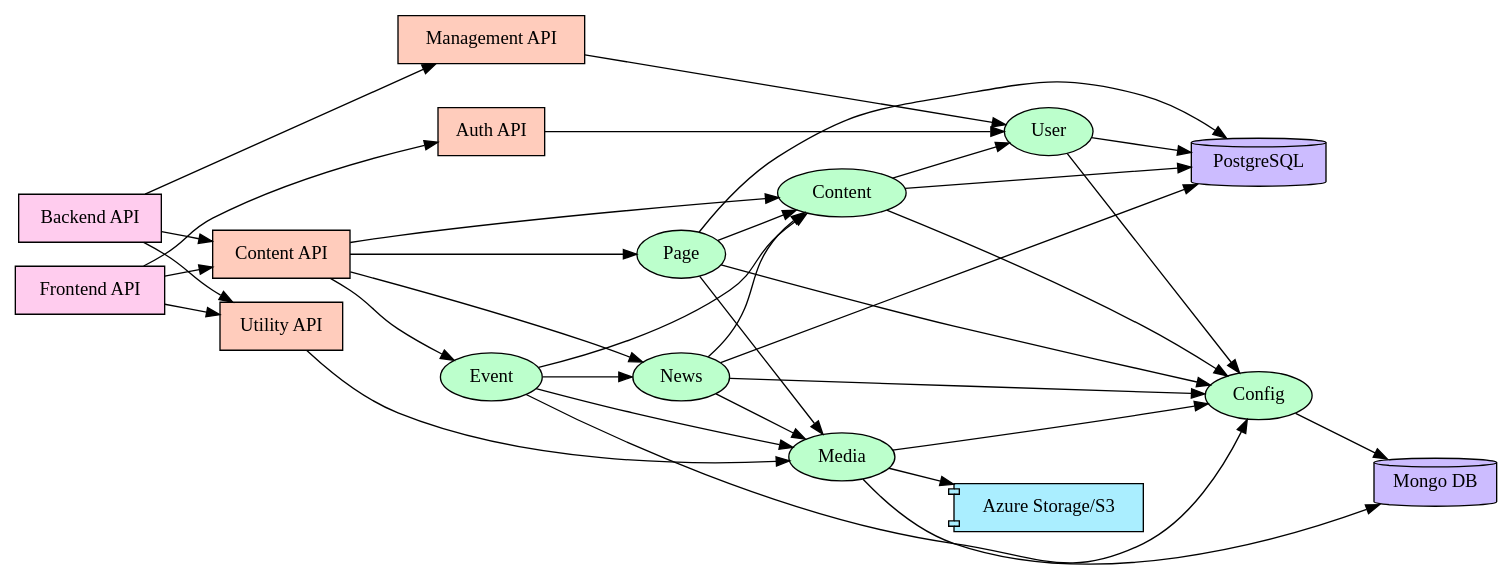
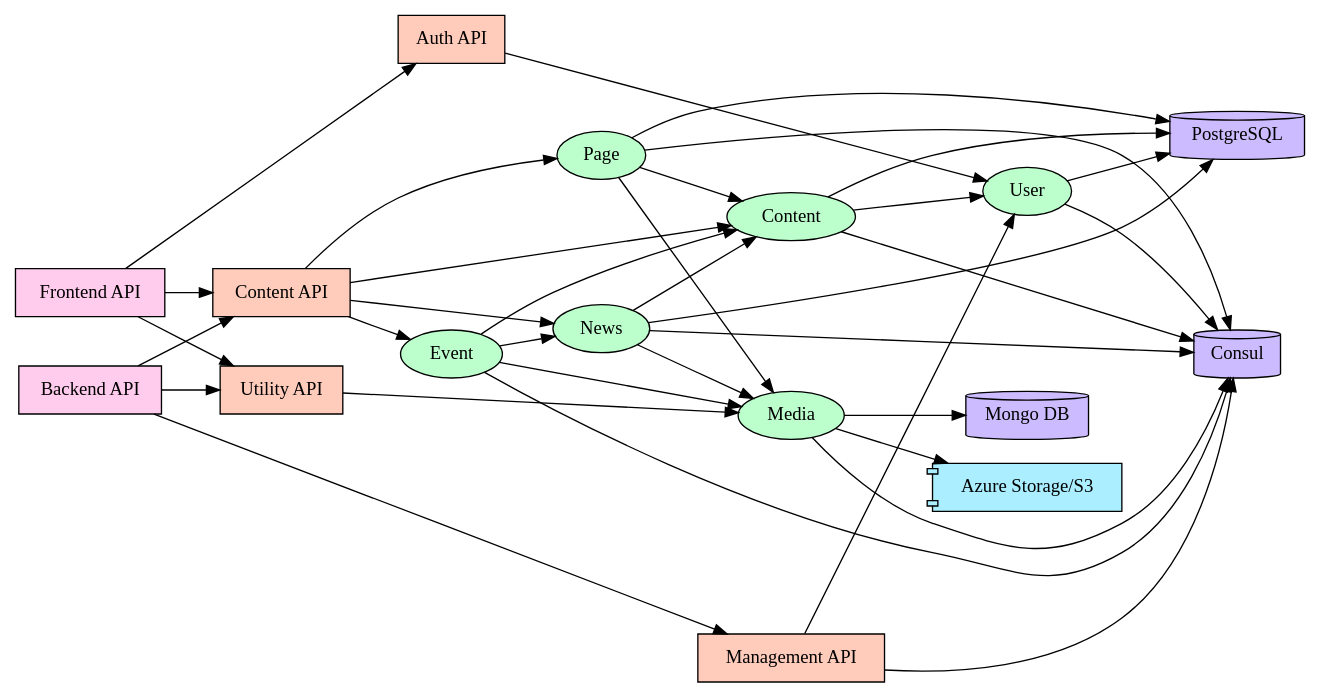
Before and after one commit to Innihald/Innihald-DMS: the diagram in _doc/services.dot, drawn with Graphviz.

Commit message:
Add Consul to service graph#

```diff
--- a/_doc/services.dot
+++ b/_doc/services.dot
@@ -1,72 +1,74 @@
+
 digraph microservices {
     rankdir=LR;
     
     node[fillcolor="#FFCCBC" style="filled" fontcolor="black" shape=box];
     auth_api[label="Auth API"]; utility_api[label="Utility API"]; content_api[label="Content API"]; manage_api[label="Management API"];
     
     node[fillcolor="#FFCCEE" style="filled" fontcolor="black" shape=box];
     frontend_api[label="Frontend API"]; backend_api[label="Backend API"];
     
     node[fillcolor="#BCFFCC" style="filled" fontcolor="black" shape=ellipse];
-    config[label="Config"]; media[label="Media"]; content[label="Content"]; news[label="News"]; page[label="Page"]; user[label="User"]; event[label="Event"];
+    media[label="Media"]; content[label="Content"]; news[label="News"]; page[label="Page"]; user[label="User"]; event[label="Event"];
     
     node[fillcolor="#CCBCFF" style="filled" fontcolor="black" shape=cylinder];
-    postgres[label="PostgreSQL"]; mongodb[label="Mongo DB"];
+    postgres[label="PostgreSQL"]; mongodb[label="Mongo DB"];config[label="Consul"];
     
     node[fillcolor="#AAEEFF" style="filled" fontcolor="black" shape=component];
     azure_storage[label="Azure Storage/S3"]
     
     
     subgraph api {
     
         content_api -> content
         content_api -> news
         content_api -> page
         content_api -> event
         
         utility_api -> media
         
         auth_api -> user
         
         manage_api -> user
+        manage_api -> config
         
         frontend_api -> {content_api, utility_api, auth_api}
         backend_api -> {content_api, utility_api, manage_api}
     }
     
     subgraph repository {
         content -> user
-        content -> config
         
         news -> content
         news -> media
-        news -> config
         
         page -> content
         page -> media
-        page -> config
         
         event -> content
         event -> news
         event -> media
-        event -> config
         
-        user -> config
         
-        media -> config
     }
     
     
     subgraph database {
         content -> postgres;
         media -> mongodb;
         news -> postgres;
         page -> postgres;
         user -> postgres;
-        config -> mongodb
+        
+        event -> config
+        user -> config
+        media -> config
+        news -> config
+        content -> config
+        page -> config
     }
     
     subgraph external_systems {
         media -> azure_storage
     }
 }
```
